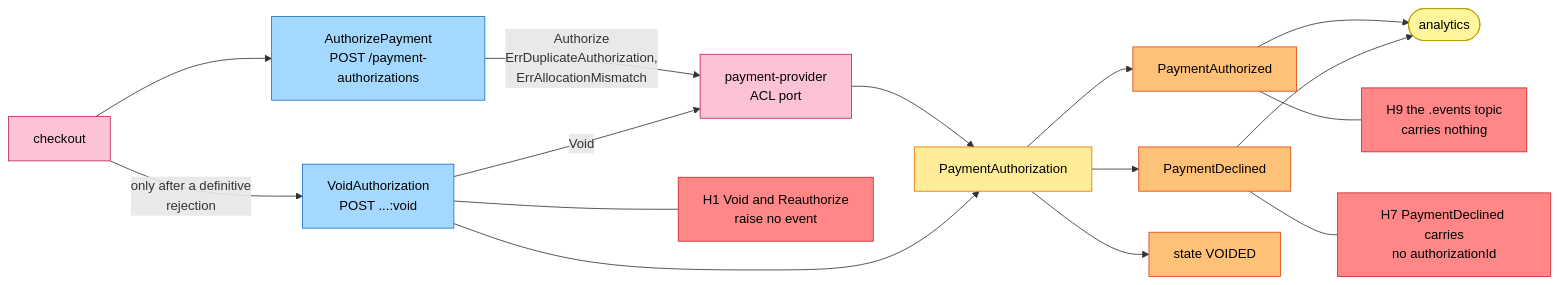
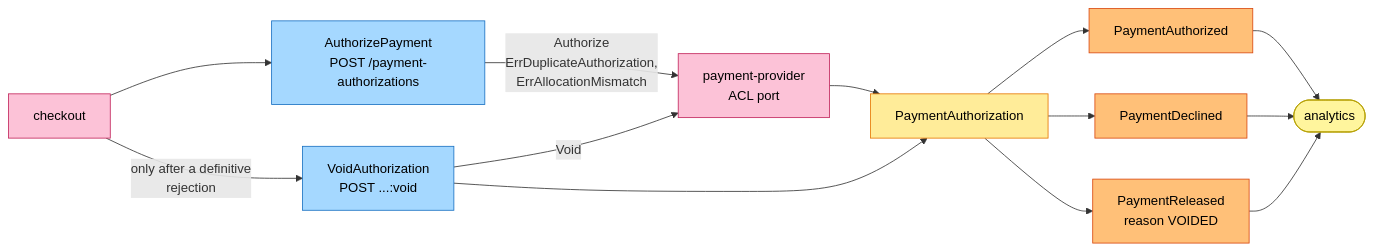
One commit to IQVO/warehouse-docs changed the first of 5 diagrams in storefront/docs/contexts/customer-payments/eventstorming.md. Above: the diagram before and after it, drawn with Mermaid. The commit also changed other lines of this file and 11 other files, not shown here.

````diff
--- a/storefront/docs/contexts/customer-payments/eventstorming.md
+++ b/storefront/docs/contexts/customer-payments/eventstorming.md
@@ -37,37 +37,31 @@
 ```mermaid
 flowchart LR
     CK["checkout"]:::external
     C0["AuthorizePayment<br/>POST /payment-authorizations"]:::command
     C1["VoidAuthorization<br/>POST ...:void"]:::command
     PSP["payment-provider<br/>ACL port"]:::external
     G1["PaymentAuthorization"]:::aggregate
     E1["PaymentAuthorized"]:::event
     E2["PaymentDeclined"]:::event
-    E3["state VOIDED"]:::event
+    E3["PaymentReleased<br/>reason VOIDED"]:::event
     AN([analytics]):::actor
-    H1["H1 Void and Reauthorize<br/>raise no event"]:::hotspot
-    H7["H7 PaymentDeclined carries<br/>no authorizationId"]:::hotspot
-    H9["H9 the .events topic<br/>carries nothing"]:::hotspot
 
     CK --> C0
     CK -->|only after a definitive<br/>rejection| C1
     C0 -->|Authorize<br/>ErrDuplicateAuthorization,<br/>ErrAllocationMismatch| PSP
     PSP --> G1
     C1 -->|Void| PSP
     C1 --> G1
     G1 --> E1
     G1 --> E2
     G1 --> E3
     E1 --> AN
     E2 --> AN
-    C1 --- H1
-    E2 --- H7
-    E1 --- H9
+    E3 --> AN
 
     classDef actor fill:#fff59d,stroke:#b59f00,color:#000
     classDef command fill:#a5d8ff,stroke:#1971c2,color:#000
     classDef aggregate fill:#ffec99,stroke:#e67700,color:#000
     classDef event fill:#ffc078,stroke:#d9480f,color:#000
     classDef external fill:#fcc2d7,stroke:#c2255c,color:#000
-    classDef hotspot fill:#ff8787,stroke:#c92a2a,color:#000
 ```
````
